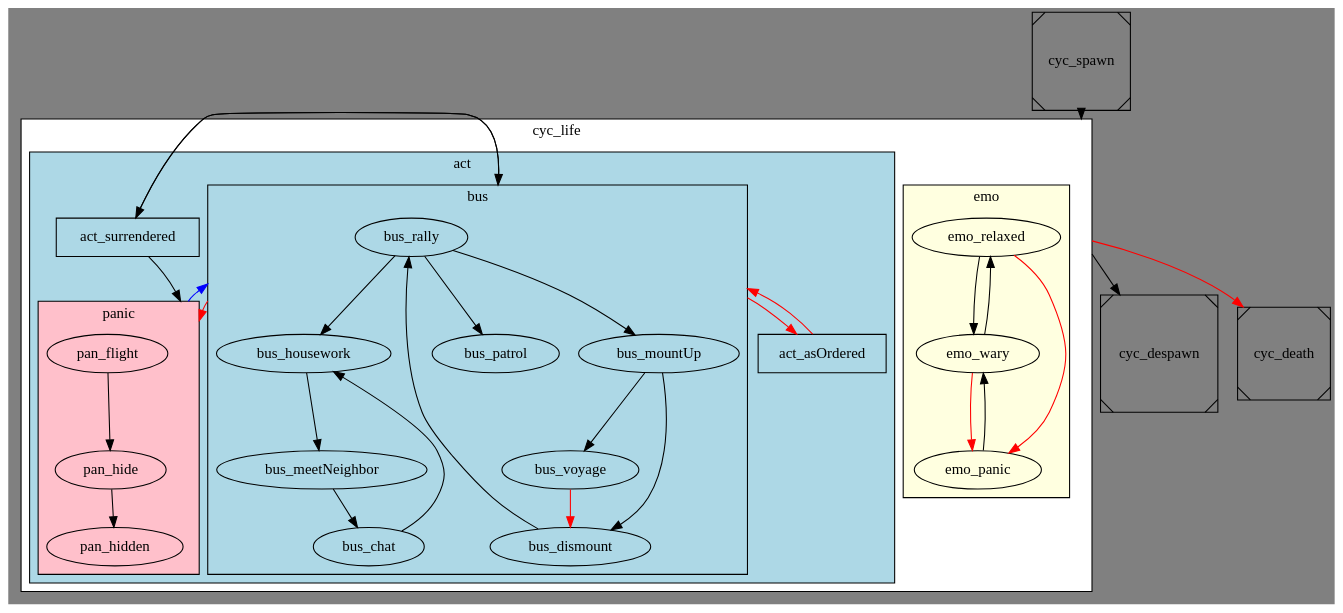
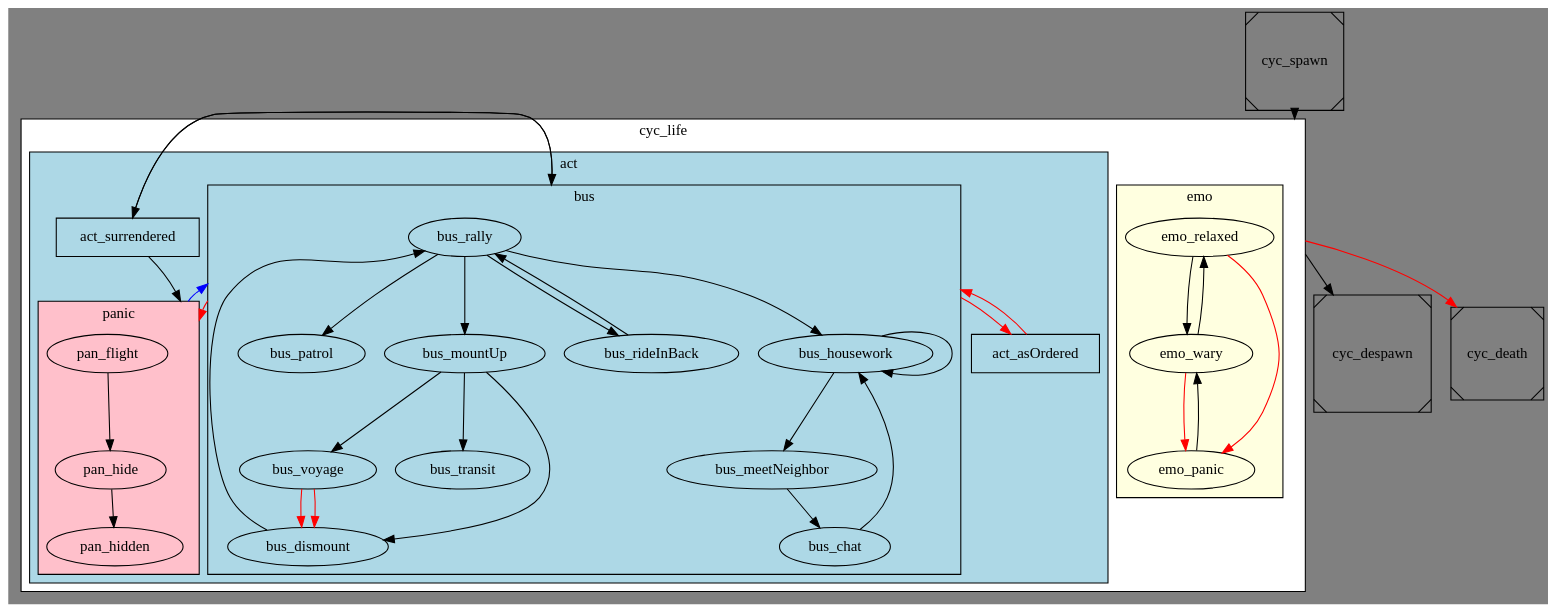
One commit to gruppe-adler/grad_civs changed the diagram in docs/states.gv. Above: the diagram before and after it, drawn with Graphviz.

Commit message:
update docs: states graph
new states: bus_rideInBack, bus_transit

```diff
--- a/docs/states.gv
+++ b/docs/states.gv
@@ -1,69 +1,73 @@
 digraph lifecycle {
     bgcolor="gray";
     compound=true;
 
     subgraph cluster_life {
         bgcolor="white";
         shape="Msquare";
         label="cyc_life";
         cluster_life_node [shape=point style=invis];
 
         subgraph cluster_emotions {
             bgcolor="lightyellow";
             label="emo";
             emo_relaxed -> emo_wary;
             {emo_wary, emo_relaxed} -> emo_panic [color="red"];
             emo_panic -> emo_wary -> emo_relaxed;
         }
 
         subgraph cluster_activities {
             bgcolor="lightblue";
             label="act";
 
             subgraph cluster_business {
                 label="bus";
                 cluster_business_node [shape=point style=invis];
                 bus_rally -> bus_patrol;
                 bus_rally -> bus_mountUp;
+                bus_rally -> bus_rideInBack;
+                bus_mountUp -> bus_transit;
                 bus_mountUp -> bus_voyage;
                 bus_mountUp -> bus_dismount;
                 bus_voyage -> bus_dismount [color=red]; # panic event
+                bus_voyage -> bus_dismount [color=red]; # panic event
                 bus_dismount -> bus_rally;
                 bus_rally -> bus_housework;
+                bus_rideInBack -> bus_rally;
                 bus_housework -> bus_meetNeighbor;
                 bus_meetNeighbor -> bus_chat;
                 bus_chat -> bus_housework;
-                // bus_housework -> bus_gawk;
+                bus_housework -> bus_housework;
             }
 
             subgraph cluster_panic {
                 bgcolor="pink";
                 label="panic";
                 cluster_panic_node [shape=point style=invis];
                 pan_flight -> pan_hide -> pan_hidden;
             }
 
             act_asOrdered [shape=rectangle];
             act_surrendered [shape=rectangle];
 
             act_surrendered -> cluster_panic_node [lhead=cluster_panic];
 
             act_surrendered -> cluster_business_node [lhead=cluster_business];
             cluster_business_node -> act_surrendered [ltail=cluster_business];
             act_asOrdered -> cluster_business_node [lhead=cluster_business color=red];
             cluster_business_node -> act_asOrdered [ltail=cluster_business color=red];
 
             cluster_panic_node -> cluster_business_node [color=blue lhead=cluster_business ltail=cluster_panic]
             cluster_business_node -> cluster_panic_node [ltail=cluster_business lhead=cluster_panic color=red]
 
         }
     }
 
     cyc_spawn [shape=Msquare];
     cyc_despawn [shape=Msquare];
     cyc_death [shape=Msquare];
 
     cyc_spawn -> cluster_life_node [lhead=cluster_life];
     cluster_life_node -> cyc_despawn [ltail=cluster_life];
     cluster_life_node -> cyc_death [ltail=cluster_life color=red];
 }
```
